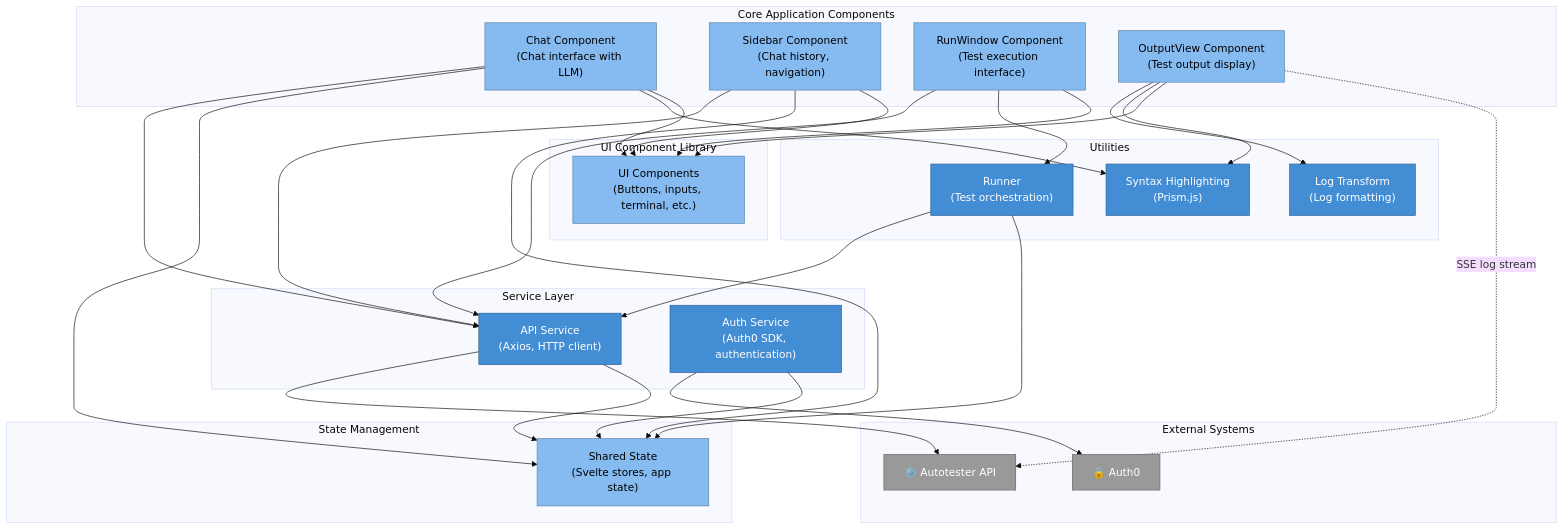
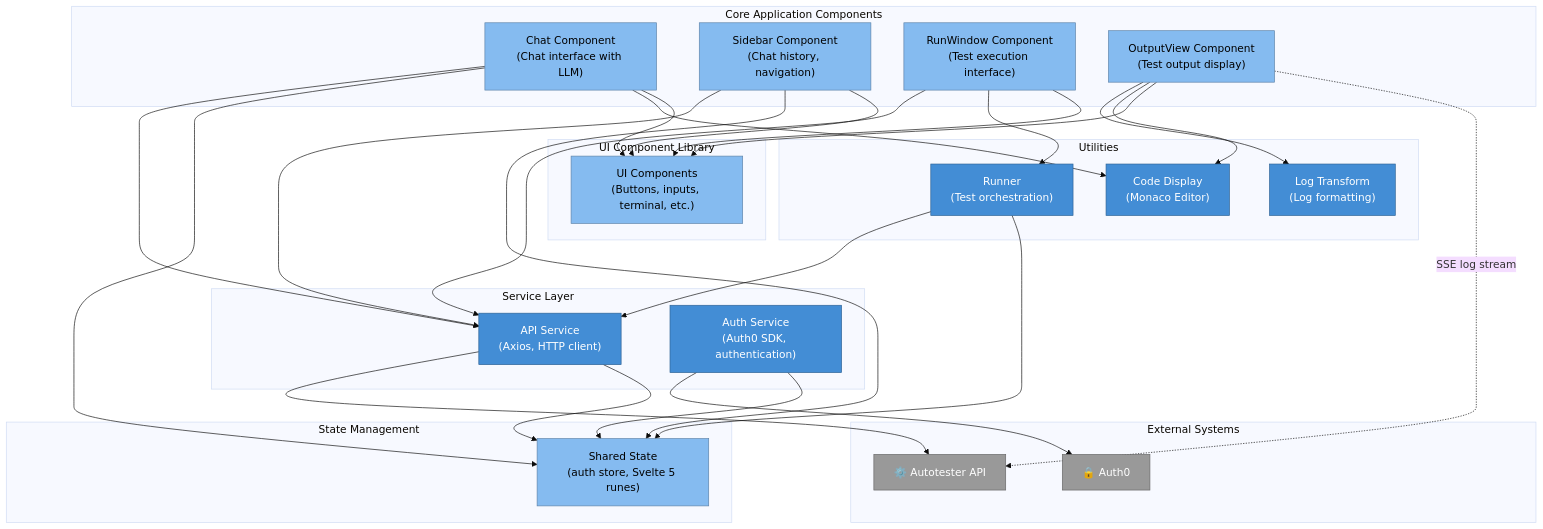
The diagram in docs/architecture/03-component/diagrams/frontend.mmd (Skzter/smart), drawn with Mermaid (base theme) before and after one commit. The commit also changed 21 other files, not shown here.

First line of the commit message:
docs(docs#156): update architecture documentation for Autotester, MCP, and Suproxy components

```diff
--- a/docs/architecture/03-component/diagrams/frontend.mmd
+++ b/docs/architecture/03-component/diagrams/frontend.mmd
@@ -1,68 +1,68 @@
 graph TB
     subgraph CoreComponents["Core Application Components"]
         Chat["Chat Component<br/>(Chat interface with LLM)"]
         Sidebar["Sidebar Component<br/>(Chat history, navigation)"]
         RunWindow["RunWindow Component<br/>(Test execution interface)"]
         OutputView["OutputView Component<br/>(Test output display)"]
     end
 
     subgraph Services["Service Layer"]
         APIService["API Service<br/>(Axios, HTTP client)"]
         AuthService["Auth Service<br/>(Auth0 SDK, authentication)"]
     end
 
     subgraph State["State Management"]
-        SharedState["Shared State<br/>(Svelte stores, app state)"]
+        SharedState["Shared State<br/>(auth store, Svelte 5 runes)"]
     end
 
     subgraph Utilities["Utilities"]
         Runner["Runner<br/>(Test orchestration)"]
         LogTransform["Log Transform<br/>(Log formatting)"]
-        SyntaxHighlight["Syntax Highlighting<br/>(Prism.js)"]
+        SyntaxHighlight["Code Display<br/>(Monaco Editor)"]
     end
 
     subgraph UILibrary["UI Component Library"]
         UILib["UI Components<br/>(Buttons, inputs, terminal, etc.)"]
     end
 
     subgraph External["External Systems"]
         AutotesterAPI["⚙️ Autotester API"]
         Auth0["🔒 Auth0"]
     end
 
     Chat --> APIService
     Chat --> SharedState
     Chat --> SyntaxHighlight
     Chat --> UILib
 
     Sidebar --> APIService
     Sidebar --> SharedState
     Sidebar --> UILib
 
     RunWindow --> APIService
     RunWindow --> Runner
     RunWindow --> UILib
 
     OutputView --> LogTransform
     OutputView --> SyntaxHighlight
     OutputView --> UILib
 
     APIService --> AutotesterAPI
     APIService --> SharedState
 
     AuthService --> Auth0
     AuthService --> SharedState
 
     Runner --> APIService
     Runner --> SharedState
 
     OutputView -.->|"SSE log stream"| AutotesterAPI
 
     classDef component fill:#85bbf0,stroke:#5d82a8,color:#000000
     classDef service fill:#438dd5,stroke:#2e6295,color:#ffffff
     classDef external fill:#999999,stroke:#666666,color:#ffffff
 
     class Chat,Sidebar,RunWindow,OutputView component
     class APIService,AuthService,Runner,LogTransform,SyntaxHighlight service
     class SharedState,UILib component
     class AutotesterAPI,Auth0 external
```
